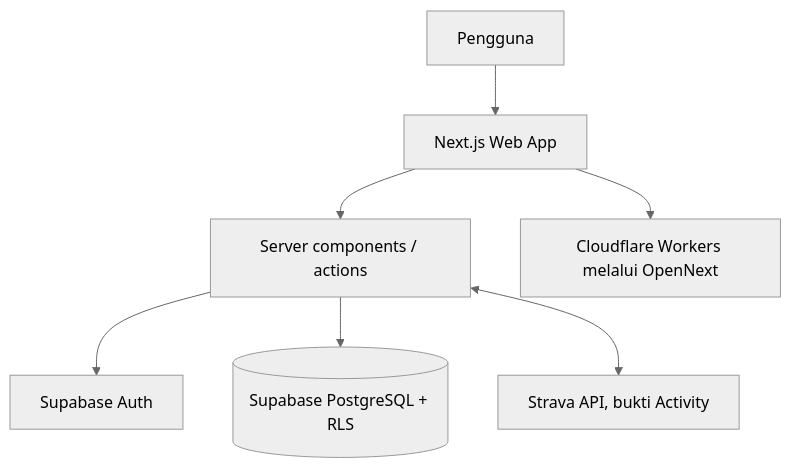
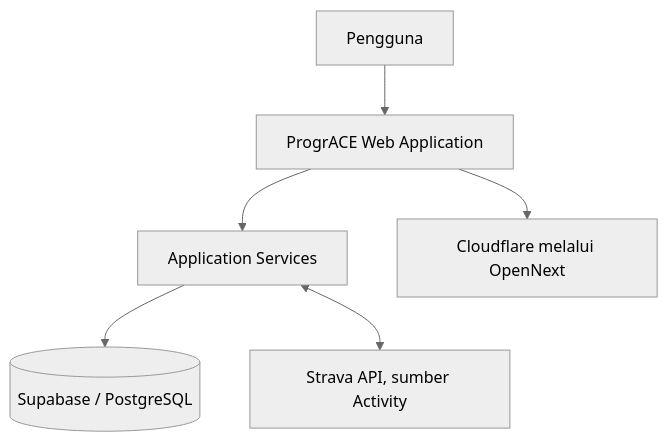
The first of 2 diagrams in docs/copyright/user-manual-v1.0-id.md (jayidoans/progr-ace), drawn with Mermaid (neutral theme) before and after one commit. The commit also changed other lines of this file, not shown here.

Commit message:
docs: refine ProgrACE v1.0 user manual

````diff
--- a/docs/copyright/user-manual-v1.0-id.md
+++ b/docs/copyright/user-manual-v1.0-id.md
@@ -697,9 +1045,8 @@
 ```mermaid
 flowchart TD
-  U[Pengguna] --> W[Next.js Web App]
-  W --> S[Server components / actions]
-  S --> A[Supabase Auth]
-  S --> D[(Supabase PostgreSQL + RLS)]
-  S <--> X[Strava API, bukti Activity]
-  W --> C[Cloudflare Workers melalui OpenNext]
+  U[Pengguna] --> W[ProgrACE Web Application]
+  W --> S[Application Services]
+  S --> D[(Supabase / PostgreSQL)]
+  S <--> X[Strava API, sumber Activity]
+  W --> C[Cloudflare melalui OpenNext]
 ```
````
